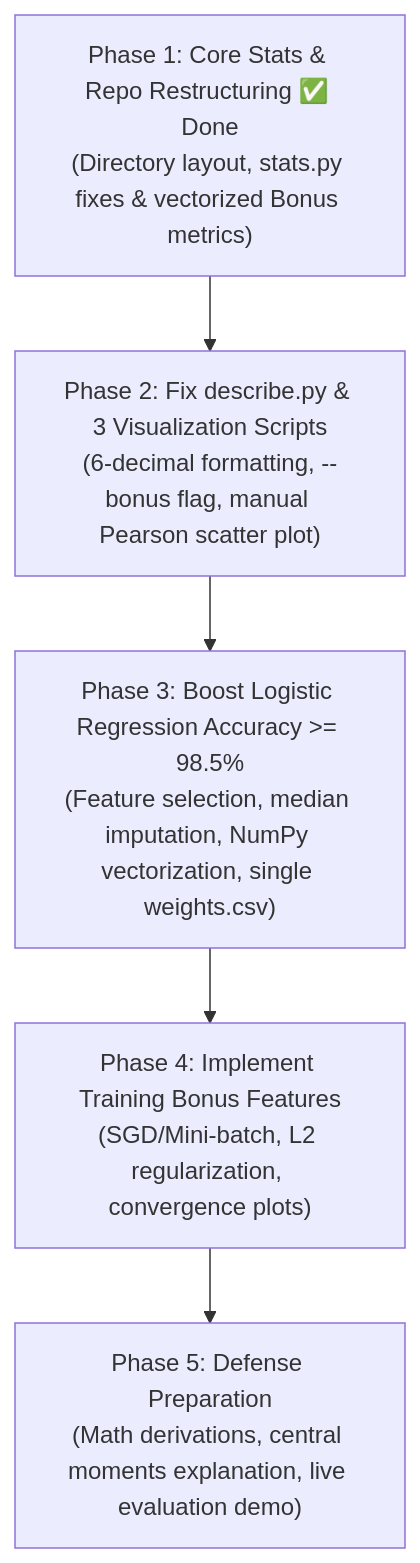
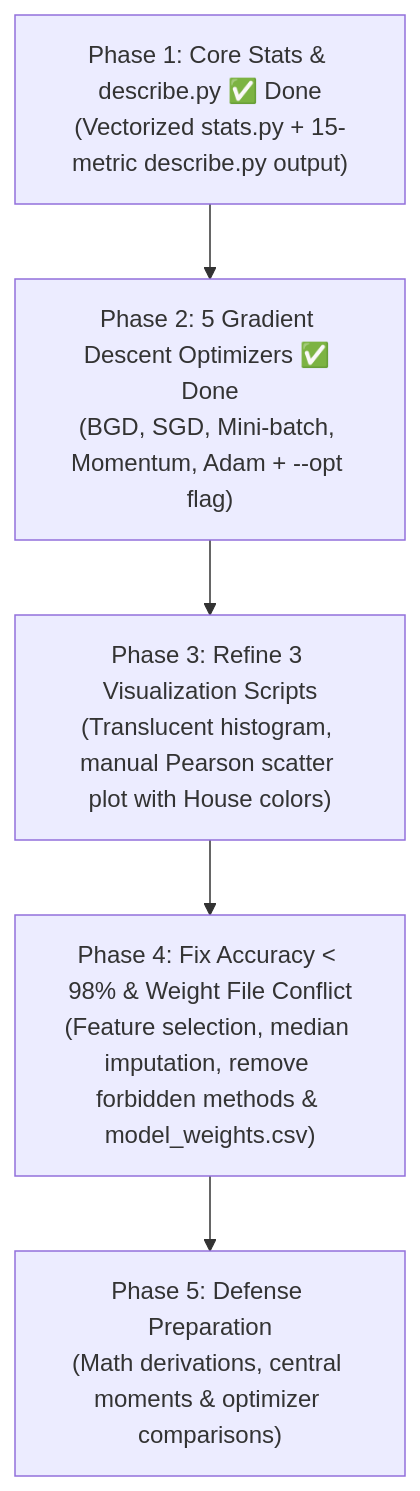
Before and after one commit to GauChau/dslr: the second of 2 diagrams in docs/TODO.md, drawn with Mermaid. The commit also changed other lines of this file and 5 other files, not shown here.

````diff
--- a/docs/TODO.md
+++ b/docs/TODO.md
@@ -491,7 +637,7 @@
 ```mermaid
 flowchart TD
-    A["Phase 1: Core Stats & Repo Restructuring ✅ Done<br>(Directory layout, stats.py fixes & vectorized Bonus metrics)"] --> B["Phase 2: Fix describe.py & 3 Visualization Scripts<br>(6-decimal formatting, --bonus flag, manual Pearson scatter plot)"]
-    B --> C["Phase 3: Boost Logistic Regression Accuracy >= 98.5%<br>(Feature selection, median imputation, NumPy vectorization, single weights.csv)"]
-    C --> D["Phase 4: Implement Training Bonus Features<br>(SGD/Mini-batch, L2 regularization, convergence plots)"]
-    D --> E["Phase 5: Defense Preparation<br>(Math derivations, central moments explanation, live evaluation demo)"]
+    A["Phase 1: Core Stats & describe.py ✅ Done<br>(Vectorized stats.py + 15-metric describe.py output)"] --> B["Phase 2: 5 Gradient Descent Optimizers ✅ Done<br>(BGD, SGD, Mini-batch, Momentum, Adam + --opt flag)"]
+    B --> C["Phase 3: Refine 3 Visualization Scripts<br>(Translucent histogram, manual Pearson scatter plot with House colors)"]
+    C --> D["Phase 4: Fix Accuracy < 98% & Weight File Conflict<br>(Feature selection, median imputation, remove forbidden methods & model_weights.csv)"]
+    D --> E["Phase 5: Defense Preparation<br>(Math derivations, central moments & optimizer comparisons)"]
 ```
````
